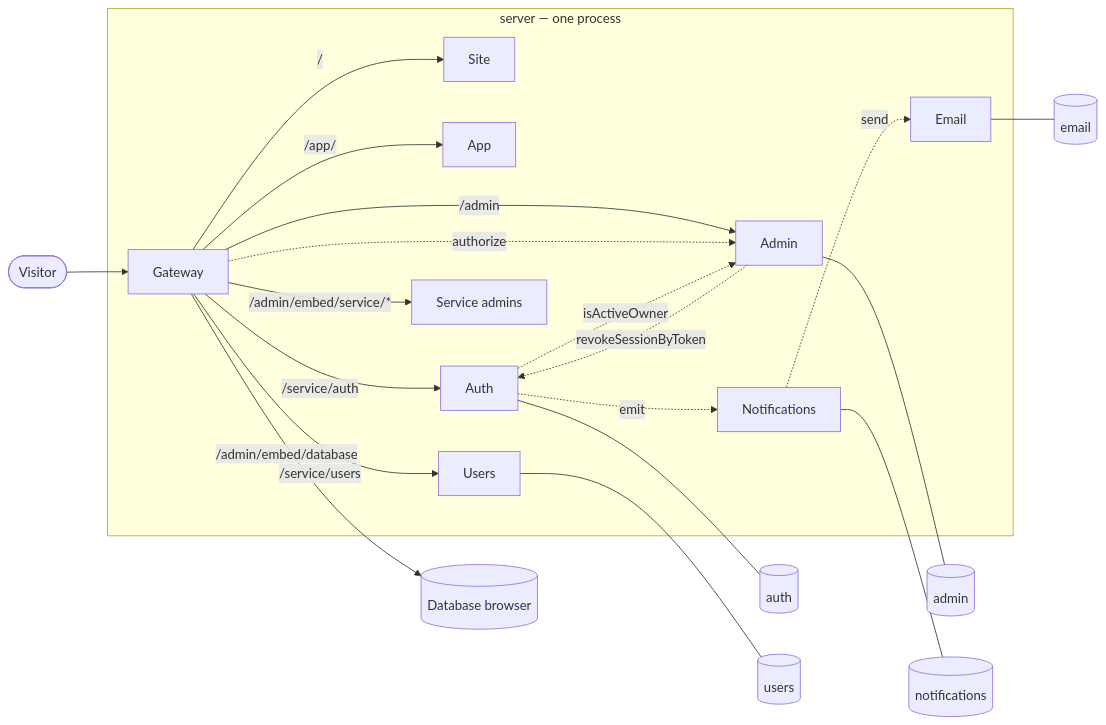
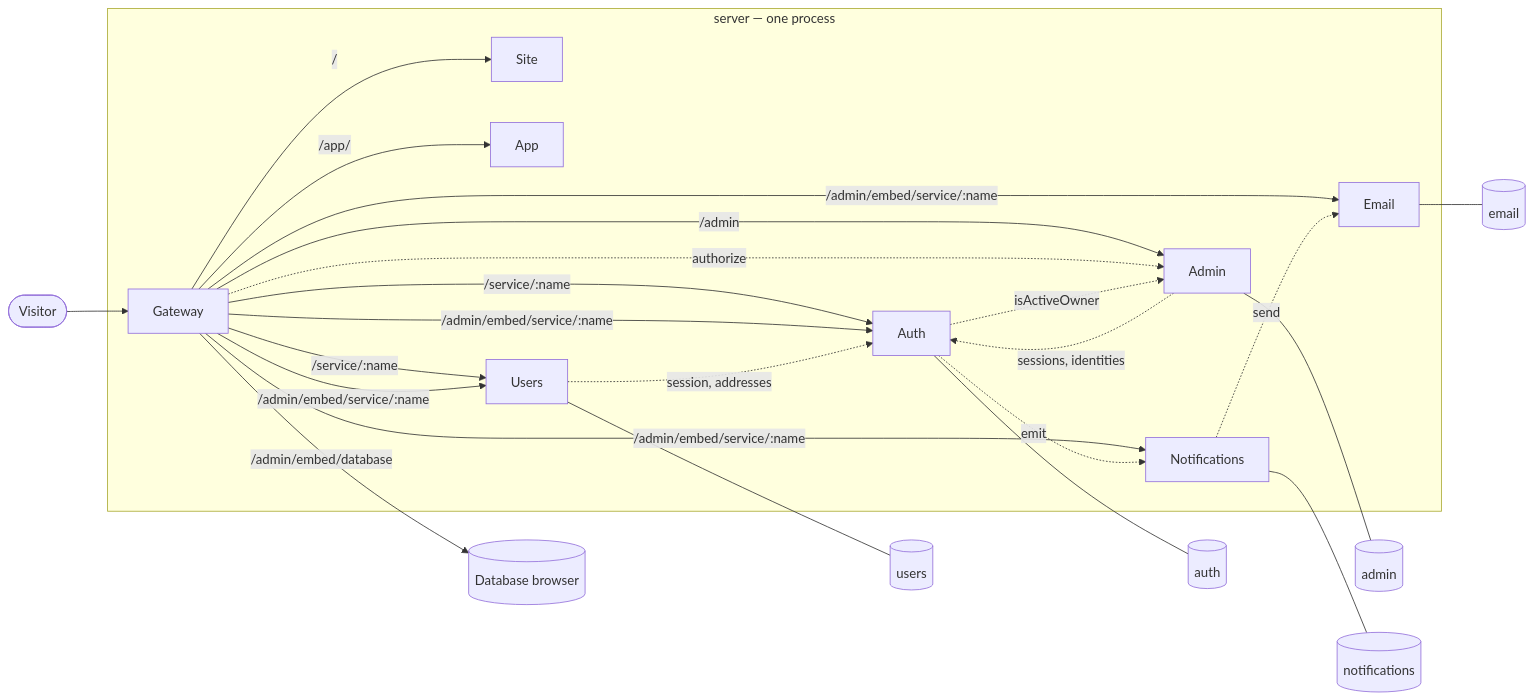
The diagram in docs/architecture.md (lisabazdyreva/grimcode-ru), drawn with Mermaid before and after one commit. The commit also changed other lines of this file and 5 other files, not shown here.

````diff
--- a/docs/architecture.md
+++ b/docs/architecture.md
@@ -14,29 +16,33 @@
 ```mermaid
 flowchart LR
   visitor([Visitor]) --> gateway
 
   subgraph server["server — one process"]
     gateway[Gateway]
 
     gateway -->|/| site[Site]
     gateway -->|/app/| app[App]
-    gateway -->|/service/auth| auth[Auth]
-    gateway -->|/service/users| users[Users]
+    gateway -->|/service/:name| auth[Auth]
+    gateway -->|/service/:name| users[Users]
     gateway -->|/admin| admin[Admin]
-    gateway -->|/admin/embed/service/*| serviceAdmins[Service admins]
+    gateway -->|/admin/embed/service/:name| auth
+    gateway -->|/admin/embed/service/:name| users
+    gateway -->|/admin/embed/service/:name| notifications[Notifications]
+    gateway -->|/admin/embed/service/:name| email[Email]
 
     gateway -.->|authorize| admin
-    admin -.->|revokeSessionByToken| auth
+    admin -.->|sessions, identities| auth
+    users -.->|session, addresses| auth
     auth -.->|isActiveOwner| admin
-    auth -.->|emit| notifications[Notifications]
-    notifications -.->|send| email[Email]
+    auth -.->|emit| notifications
+    notifications -.->|send| email
   end
 
   gateway -->|/admin/embed/database| adminer[(Database browser)]
 
   auth --- authDb[(auth)]
   users --- usersDb[(users)]
   admin --- adminDb[(admin)]
   notifications --- notificationsDb[(notifications)]
   email --- emailDb[(email)]
 ```
````
